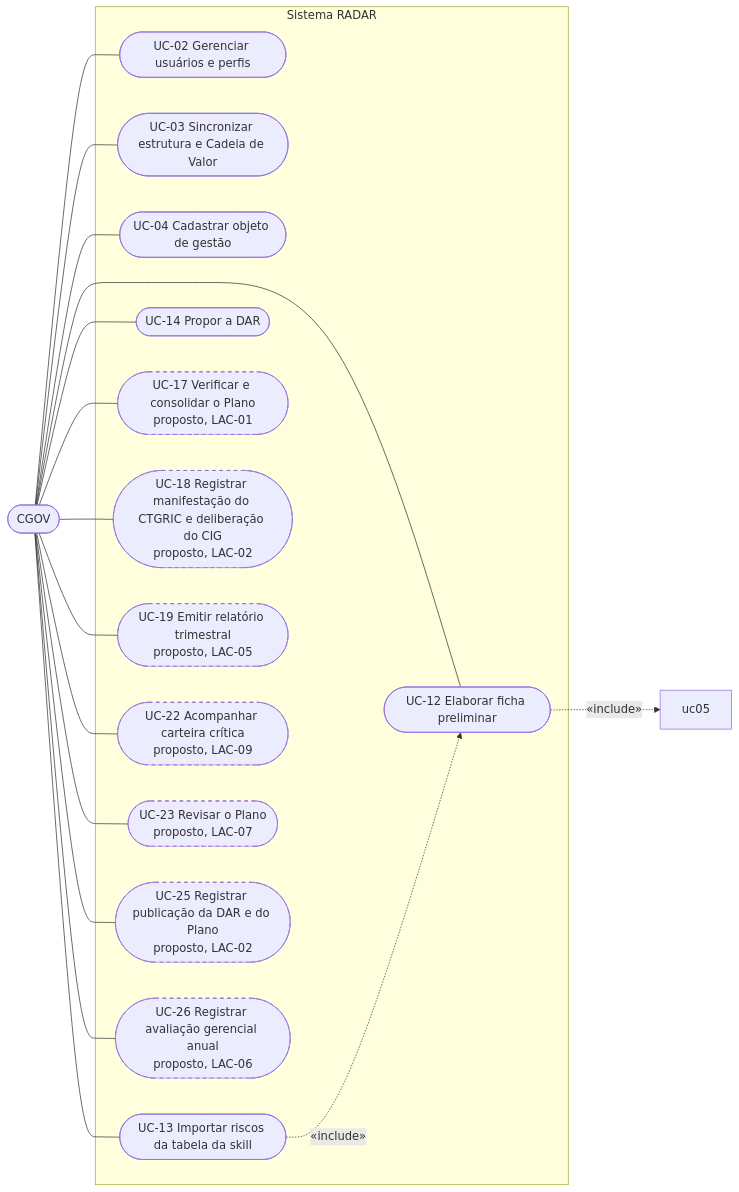
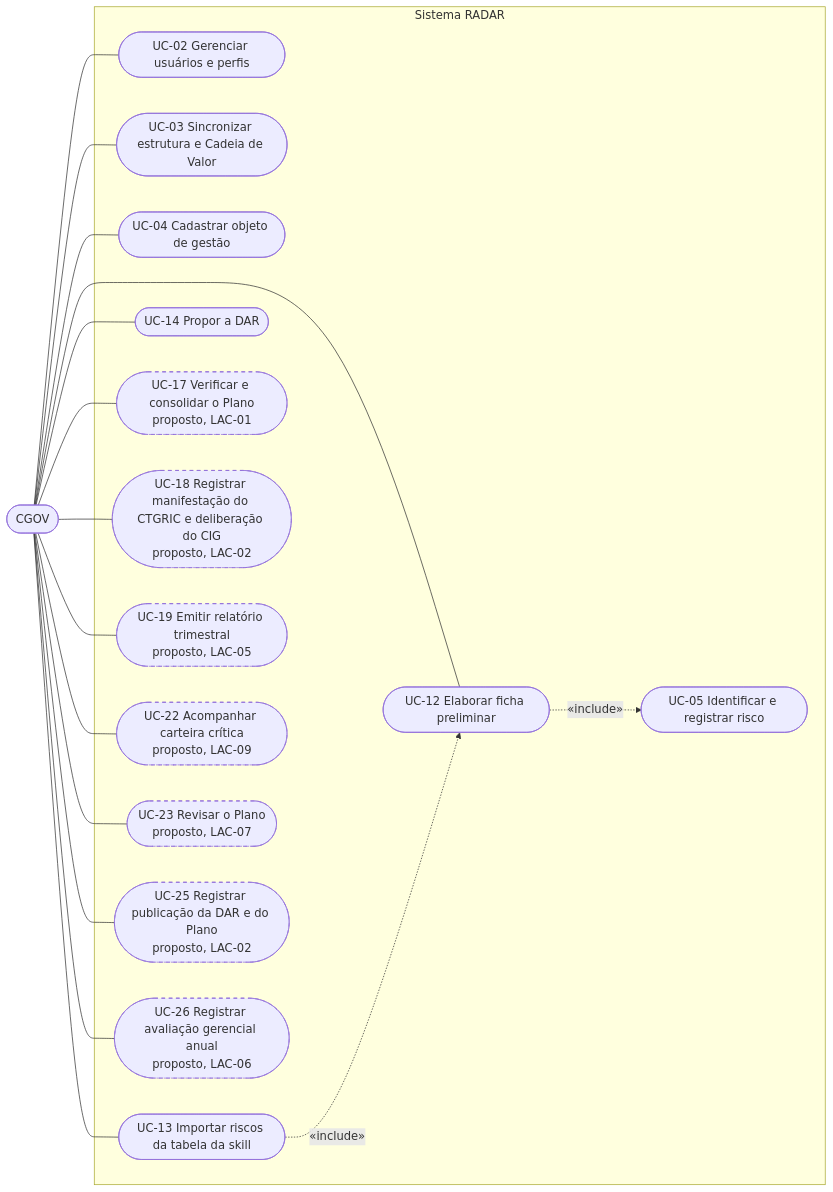
The fourth of 5 diagrams in docs/50-nivel5-software/uml-01-casos-de-uso.md (lpchagas/cgov-riscos), drawn with Mermaid before and after one commit. The commit also changed 11 other files, not shown here.

````diff
--- a/docs/50-nivel5-software/uml-01-casos-de-uso.md
+++ b/docs/50-nivel5-software/uml-01-casos-de-uso.md
@@ -85,24 +85,25 @@
 ```mermaid
 flowchart LR
   cgov([CGOV])
   subgraph RADAR[Sistema RADAR]
     uc02([UC-02 Gerenciar usuários e perfis])
     uc03([UC-03 Sincronizar estrutura e Cadeia de Valor])
     uc04([UC-04 Cadastrar objeto de gestão])
+    uc05([UC-05 Identificar e registrar risco])
     uc12([UC-12 Elaborar ficha preliminar])
     uc13([UC-13 Importar riscos da tabela da skill])
     uc14([UC-14 Propor a DAR])
     uc17([UC-17 Verificar e consolidar o Plano<br/>proposto, LAC-01])
     uc18([UC-18 Registrar manifestação do CTGRIC e deliberação do CIG<br/>proposto, LAC-02])
     uc19([UC-19 Emitir relatório trimestral<br/>proposto, LAC-05])
     uc22([UC-22 Acompanhar carteira crítica<br/>proposto, LAC-09])
     uc23([UC-23 Revisar o Plano<br/>proposto, LAC-07])
     uc25([UC-25 Registrar publicação da DAR e do Plano<br/>proposto, LAC-02])
     uc26([UC-26 Registrar avaliação gerencial anual<br/>proposto, LAC-06])
   end
   cgov --- uc02 & uc03 & uc04 & uc12 & uc13 & uc14 & uc17 & uc18 & uc19 & uc22 & uc23 & uc25 & uc26
   uc12 -. «include» .-> uc05
   uc13 -. «include» .-> uc12
   classDef proposto stroke-dasharray: 5 5
   class uc17,uc18,uc19,uc22,uc23,uc25,uc26 proposto
 ```
````
